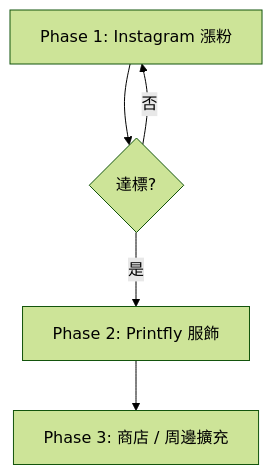
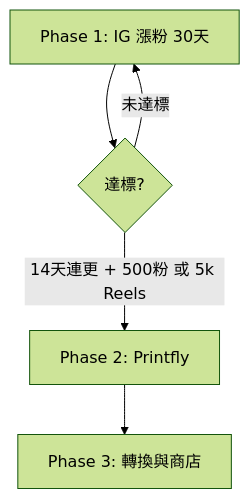
One commit to hoyinlung25-commits/yuyue-sales changed the diagram in docs/roadmap-zh-TW.md. Above: the diagram before and after it, drawn with Mermaid (forest theme). The commit also changed other lines of this file and 7 other files, not shown here.

````diff
--- a/docs/roadmap-zh-TW.md
+++ b/docs/roadmap-zh-TW.md
@@ -3,7 +5,7 @@
 ```mermaid
 flowchart TD
-  P1[Phase 1: Instagram 漲粉] --> GATE{達標?}
-  GATE -->|是| P2[Phase 2: Printfly 服飾]
-  GATE -->|否| P1
-  P2 --> P3[Phase 3: 商店 / 周邊擴充]
+  P1[Phase 1: IG 漲粉 30天] --> G{達標?}
+  G -->|14天連更 + 500粉 或 5k Reels| P2[Phase 2: Printfly]
+  G -->|未達標| P1
+  P2 --> P3[Phase 3: 轉換與商店]
 ```
````
